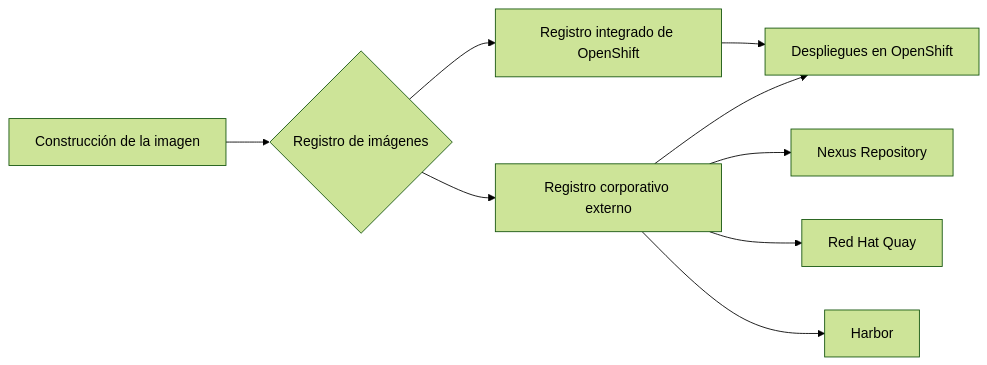
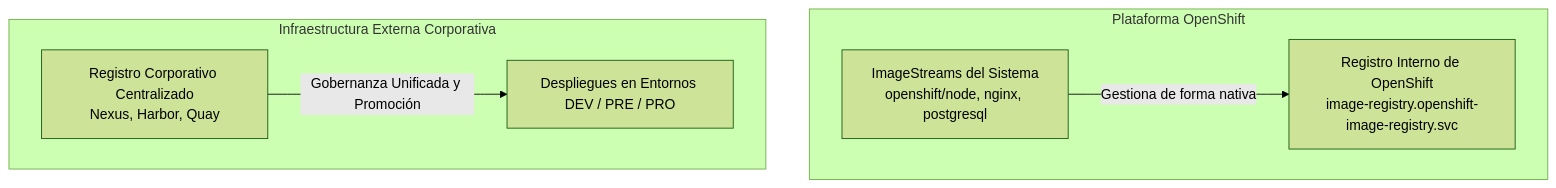
The first of 4 diagrams in docs/sesion4/4.4 Registro, gestión y seguridad de imágenes.md (ieftraining/curso-openshift), drawn with Mermaid (forest theme) before and after one commit. The commit also changed other lines of this file, not shown here.

````diff
--- a/docs/sesion4/4.4 Registro, gestión y seguridad de imágenes.md
+++ b/docs/sesion4/4.4 Registro, gestión y seguridad de imágenes.md
@@ -36,11 +19,10 @@
 ```mermaid
-flowchart LR
-    A[Construcción de la imagen] --> B{Registro de imágenes}
-    B --> C[Registro integrado de OpenShift]
-    B --> D[Registro corporativo externo]
-    D --> E[Nexus Repository]
-    D --> F[Red Hat Quay]
-    D --> G[Harbor]
-    C --> H[Despliegues en OpenShift]
-    D --> H
+flowchart TD
+    subgraph Plataforma OpenShift
+        A[ImageStreams del Sistema<br>openshift/node, nginx, postgresql] -->|Gestiona de forma nativa| B[Registro Interno de OpenShift<br>image-registry.openshift-image-registry.svc]
+    end
+
+    subgraph Infraestructura Externa Corporativa
+        C[Registro Corporativo Centralizado<br>Nexus, Harbor, Quay] -->|Gobernanza Unificada y Promoción| D[Despliegues en Entornos DEV / PRE / PRO]
+    end
 ```
````
